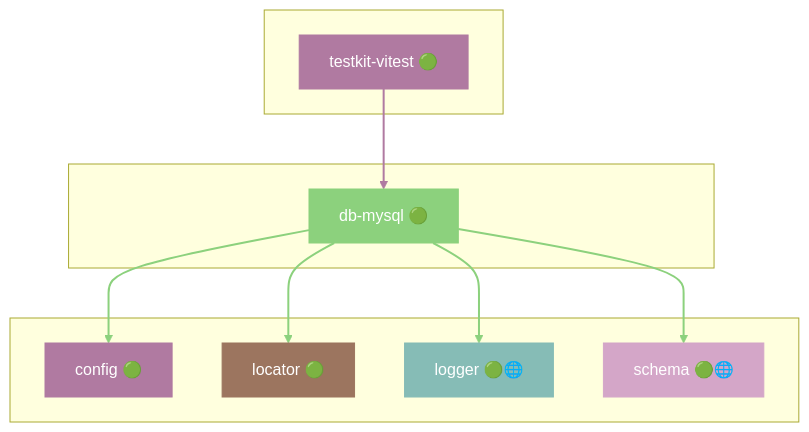
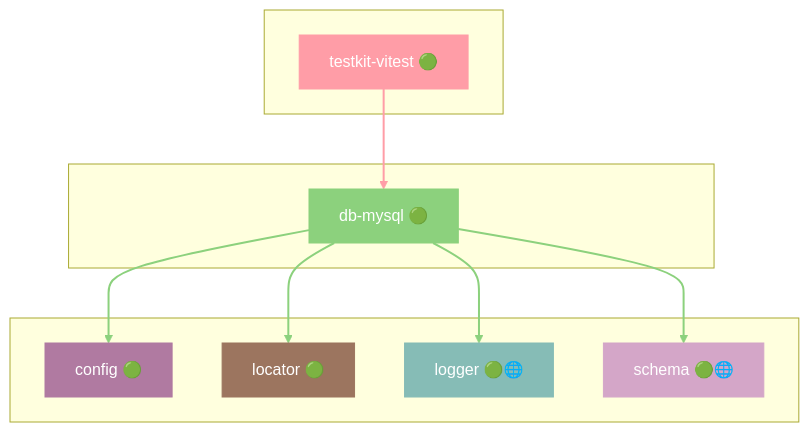
One commit to grest-ts/grest-ts changed diagram 13 of 48 in docs/DEPENDENCIES.md. Above: the diagram before and after it, drawn with Mermaid. The commit also changed other lines of this file and 21 other files, not shown here.

````diff
--- a/docs/DEPENDENCIES.md
+++ b/docs/DEPENDENCIES.md
@@ -851,31 +865,31 @@
 ```mermaid
 flowchart TB
     subgraph Dependents[" "]
         testkit-vitest["testkit-vitest 🟢"]
     end
     subgraph Package[" "]
         db-mysql["db-mysql 🟢"]
     end
     subgraph Dependencies[" "]
         config["config 🟢"]
         locator["locator 🟢"]
         logger["logger 🟢🌐"]
         schema["schema 🟢🌐"]
     end
     testkit-vitest --> db-mysql
     db-mysql --> config
     db-mysql --> locator
     db-mysql --> logger
     db-mysql --> schema
     style db-mysql fill:#8CD17D,stroke:#8CD17D,color:#fff
-    style testkit-vitest fill:#B07AA1,stroke:#B07AA1,color:#fff
+    style testkit-vitest fill:#FF9DA7,stroke:#FF9DA7,color:#fff
     style config fill:#B07AA1,stroke:#B07AA1,color:#fff
     style locator fill:#9C755F,stroke:#9C755F,color:#fff
     style logger fill:#86BCB6,stroke:#86BCB6,color:#fff
     style schema fill:#D4A6C8,stroke:#D4A6C8,color:#fff
-    linkStyle 0 stroke:#B07AA1,stroke-width:2px
+    linkStyle 0 stroke:#FF9DA7,stroke-width:2px
     linkStyle 1 stroke:#8CD17D,stroke-width:2px
     linkStyle 2 stroke:#8CD17D,stroke-width:2px
     linkStyle 3 stroke:#8CD17D,stroke-width:2px
     linkStyle 4 stroke:#8CD17D,stroke-width:2px
 ```
````
